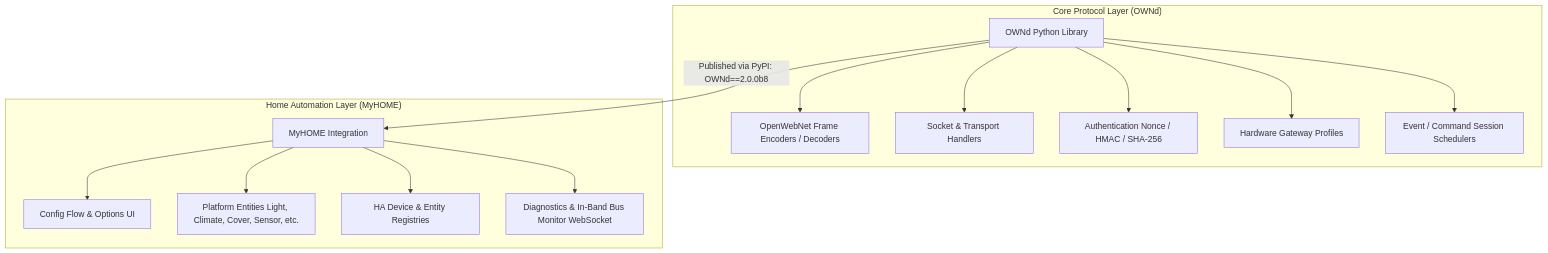
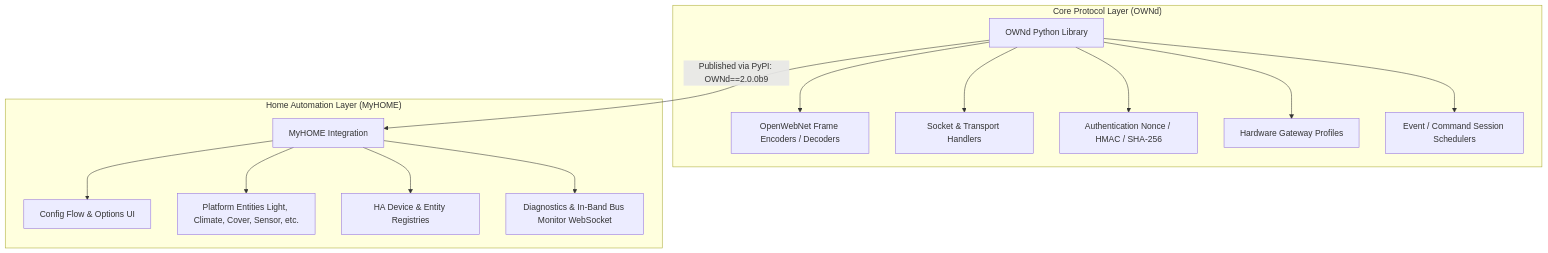
The first of 2 diagrams in docs/architecture/anti-drift-safeguards.md (GreenGrassBlueOcean/MyHOME), drawn with Mermaid before and after one commit. The commit also changed other lines of this file, not shown here.

Commit message:
docs: sync anti-drift-safeguards OWNd pin to 2.0.0b9
Fixes the RULE_DOCS_ANTI_DRIFT failure in "Audit quality_scale.yaml" on the release PR.

````diff
--- a/docs/architecture/anti-drift-safeguards.md
+++ b/docs/architecture/anti-drift-safeguards.md
@@ -11,19 +11,19 @@
 ```mermaid
 graph TD
     subgraph "Core Protocol Layer (OWNd)"
         A[OWNd Python Library] --> A1[OpenWebNet Frame Encoders / Decoders]
         A --> A2[Socket & Transport Handlers]
         A --> A3[Authentication Nonce / HMAC / SHA-256]
         A --> A4[Hardware Gateway Profiles]
         A --> A5[Event / Command Session Schedulers]
     end
 
     subgraph "Home Automation Layer (MyHOME)"
         B[MyHOME Integration] --> B1[Config Flow & Options UI]
         B --> B2[Platform Entities Light, Climate, Cover, Sensor, etc.]
         B --> B3[HA Device & Entity Registries]
         B --> B4[Diagnostics & In-Band Bus Monitor WebSocket]
     end
 
-    A -->|Published via PyPI: OWNd==2.0.0b8| B
+    A -->|Published via PyPI: OWNd==2.0.0b9| B
 ```
````
